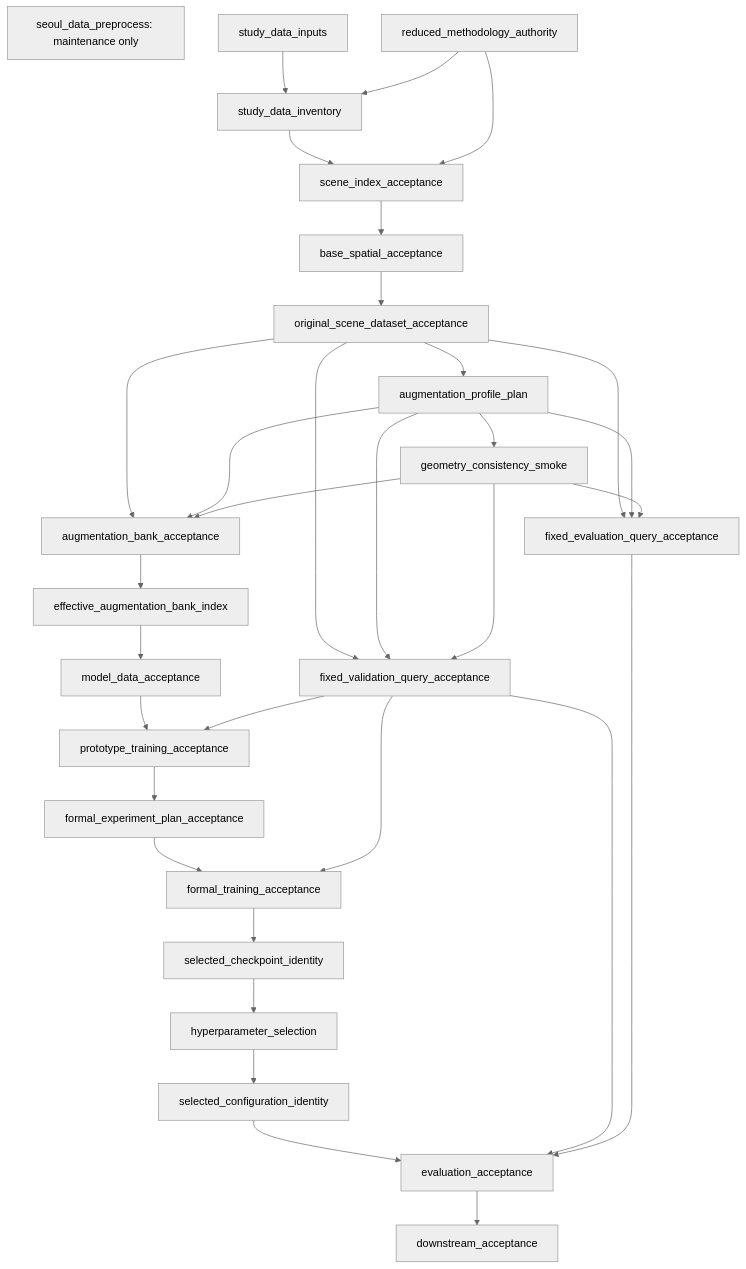
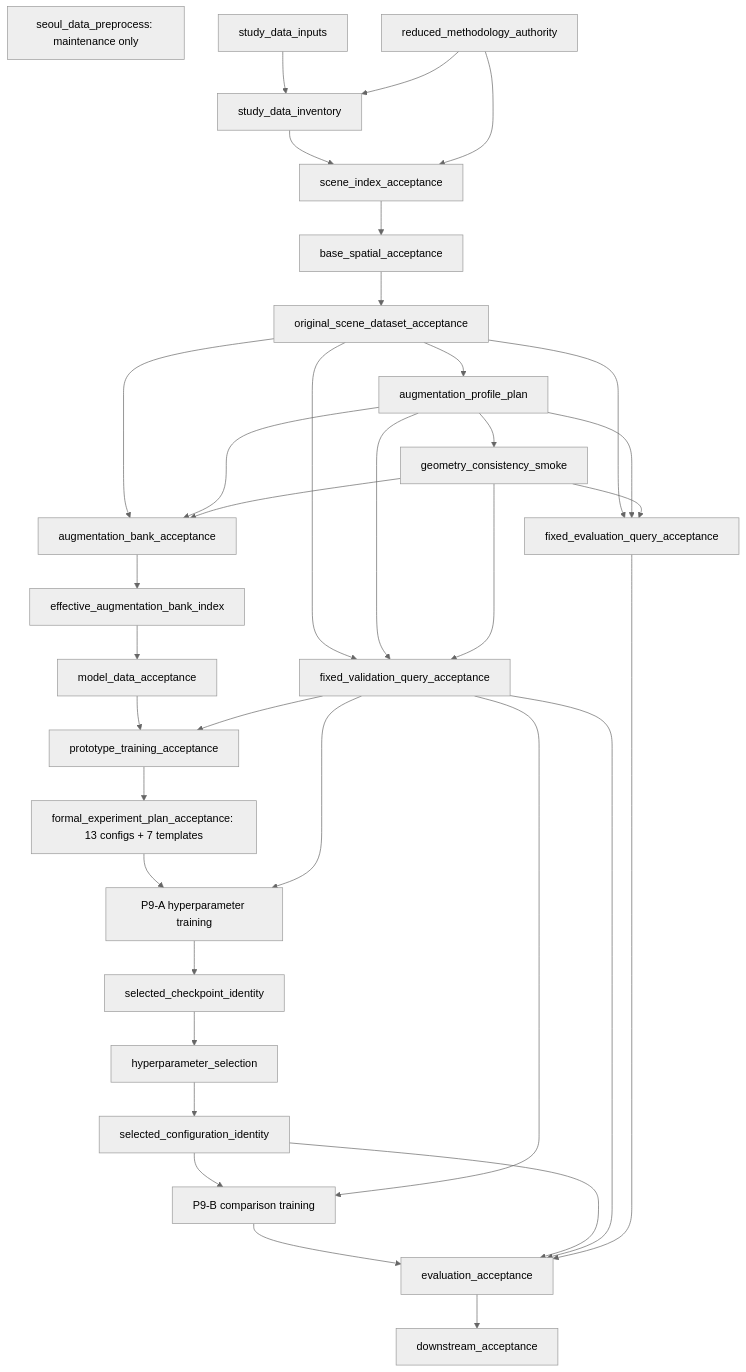
One commit to dhnyu/fuse changed the diagram in blueprint/targets_implementation_blueprint.md. Above: the diagram before and after it, drawn with Mermaid (neutral theme). The commit also changed other lines of this file and 18 other files, not shown here.

Commit message:
Implement P8 formal experiment planning

````diff
--- a/blueprint/targets_implementation_blueprint.md
+++ b/blueprint/targets_implementation_blueprint.md
@@ -916,36 +927,39 @@
 ```mermaid
 flowchart TD
   M[seoul_data_preprocess: maintenance only]
   P0[reduced_methodology_authority]
   SDI[study_data_inputs] --> INV[study_data_inventory]
   P0 --> INV
   INV --> SI[scene_index_acceptance]
   P0 --> SI
   SI --> BS[base_spatial_acceptance]
   BS --> OC[original_scene_dataset_acceptance]
   OC --> AP[augmentation_profile_plan]
   AP --> GCS[geometry_consistency_smoke]
   OC --> AB[augmentation_bank_acceptance]
   AP --> AB
   GCS --> AB
   AB --> BI[effective_augmentation_bank_index]
   OC --> VQ[fixed_validation_query_acceptance]
   OC --> EQ[fixed_evaluation_query_acceptance]
   AP --> VQ
   AP --> EQ
   GCS --> VQ
   GCS --> EQ
   BI --> MD[model_data_acceptance]
   MD --> PT[prototype_training_acceptance]
   VQ --> PT
-  PT --> EP[formal_experiment_plan_acceptance]
-  EP --> FT[formal_training_acceptance]
-  VQ --> FT
-  FT --> CK[selected_checkpoint_identity]
+  PT --> EP[formal_experiment_plan_acceptance: 13 configs + 7 templates]
+  EP --> FTA[P9-A hyperparameter training]
+  VQ --> FTA
+  FTA --> CK[selected_checkpoint_identity]
   CK --> HS[hyperparameter_selection]
   HS --> SC[selected_configuration_identity]
+  SC --> FTB[P9-B comparison training]
+  VQ --> FTB
+  FTB --> EV
   SC --> EV[evaluation_acceptance]
   VQ --> EV
   EQ --> EV
   EV --> DS[downstream_acceptance]
 ```
````
